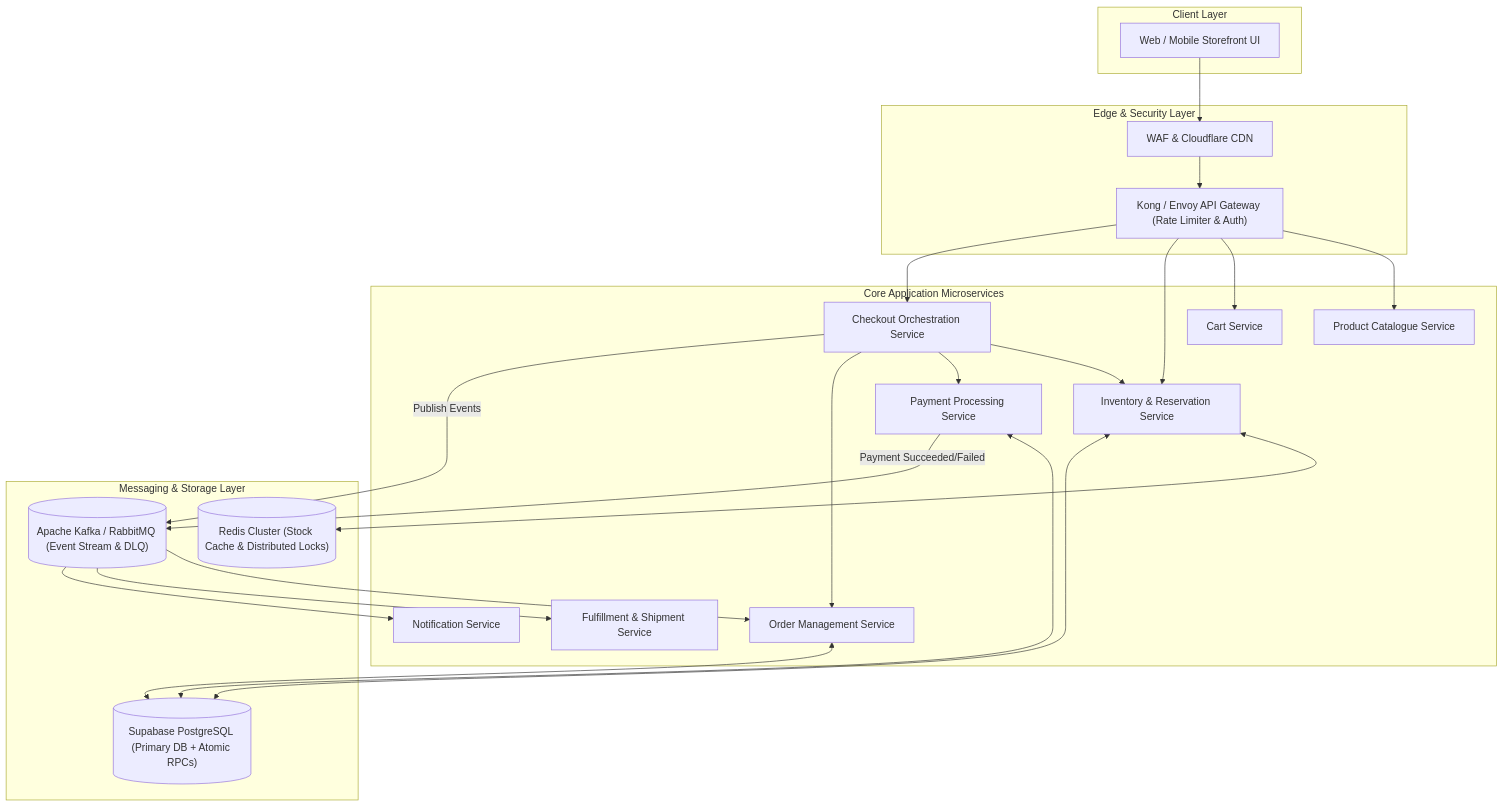
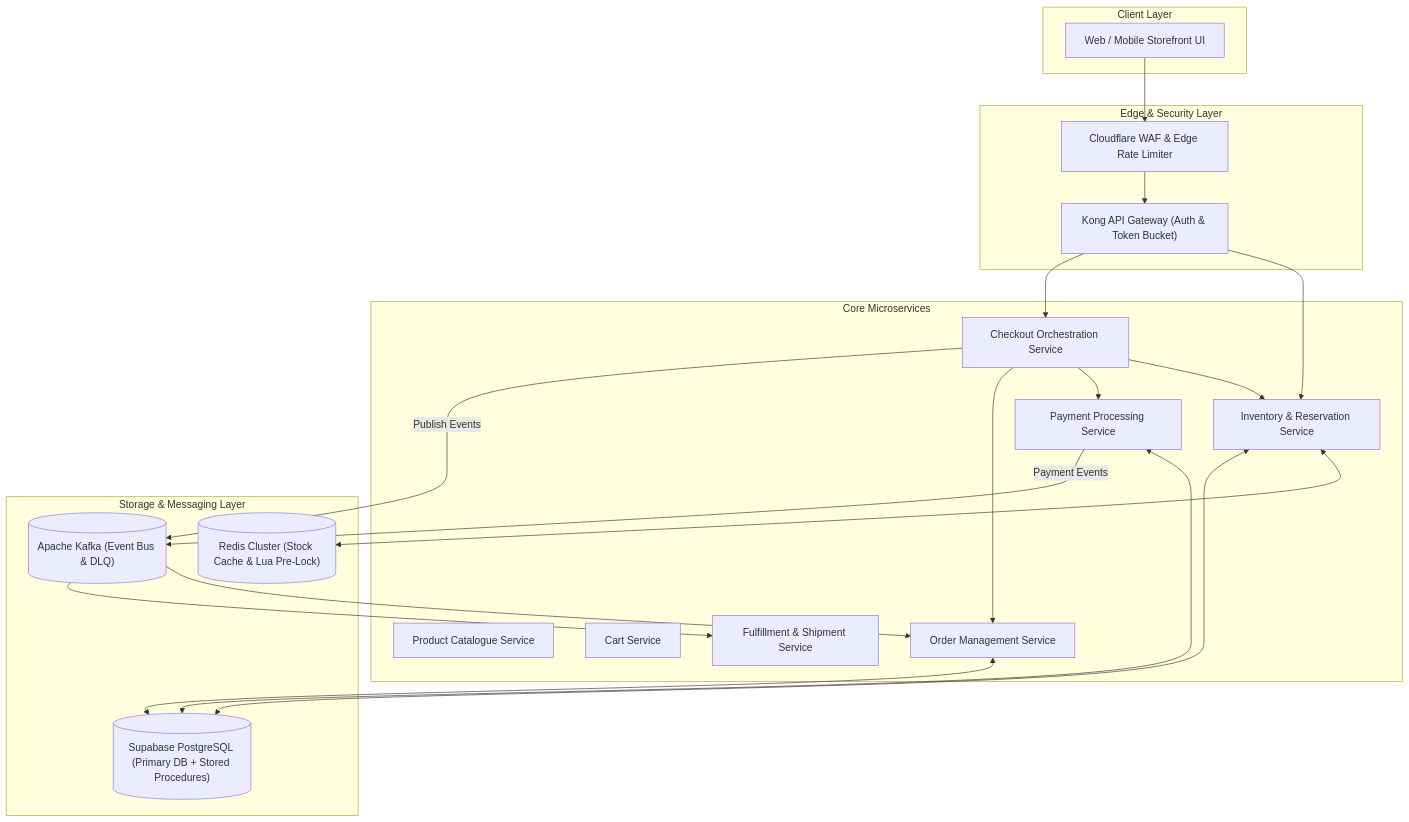
One commit to KungumapriyaaMKP/Velora-s-Flash-Forge changed the second of 3 diagrams in 02_HLD/HLD.md. Above: the diagram before and after it, drawn with Mermaid. The commit also changed other lines of this file and 17 other files, not shown here.

Commit message:
feat: update project name to Velora's Flash Forge, add high-res architecture diagram images and tech stack justification matrix

````diff
--- a/02_HLD/HLD.md
+++ b/02_HLD/HLD.md
@@ -29,50 +40,46 @@
 ```mermaid
 graph TB
     subgraph Client Layer
         WebClient["Web / Mobile Storefront UI"]
     end
 
     subgraph Edge & Security Layer
-        WAF["WAF & Cloudflare CDN"]
-        Gateway["Kong / Envoy API Gateway (Rate Limiter & Auth)"]
+        WAF["Cloudflare WAF & Edge Rate Limiter"]
+        Gateway["Kong API Gateway (Auth & Token Bucket)"]
     end
 
-    subgraph Core Application Microservices
+    subgraph Core Microservices
         ProductService["Product Catalogue Service"]
         CartService["Cart Service"]
         InventoryService["Inventory & Reservation Service"]
         CheckoutService["Checkout Orchestration Service"]
         PaymentService["Payment Processing Service"]
         OrderService["Order Management Service"]
         FulfillmentService["Fulfillment & Shipment Service"]
-        NotificationService["Notification Service"]
     end
 
-    subgraph Messaging & Storage Layer
-        RedisCache[("Redis Cluster (Stock Cache & Distributed Locks)")]
-        KafkaQueue[("Apache Kafka / RabbitMQ (Event Stream & DLQ)")]
-        MainDB[("Supabase PostgreSQL (Primary DB + Atomic RPCs)")]
+    subgraph Storage & Messaging Layer
+        RedisCache[("Redis Cluster (Stock Cache & Lua Pre-Lock)")]
+        KafkaQueue[("Apache Kafka (Event Bus & DLQ)")]
+        MainDB[("Supabase PostgreSQL (Primary DB + Stored Procedures)")]
     end
 
     WebClient --> WAF
     WAF --> Gateway
-    Gateway --> ProductService
-    Gateway --> CartService
     Gateway --> InventoryService
     Gateway --> CheckoutService
 
     CheckoutService --> InventoryService
     CheckoutService --> PaymentService
     CheckoutService --> OrderService
 
     InventoryService <--> RedisCache
     InventoryService <--> MainDB
     PaymentService <--> MainDB
     OrderService <--> MainDB
 
     CheckoutService -->|Publish Events| KafkaQueue
-    PaymentService -->|Payment Succeeded/Failed| KafkaQueue
+    PaymentService -->|Payment Events| KafkaQueue
     KafkaQueue --> OrderService
     KafkaQueue --> FulfillmentService
-    KafkaQueue --> NotificationService
 ```
````
